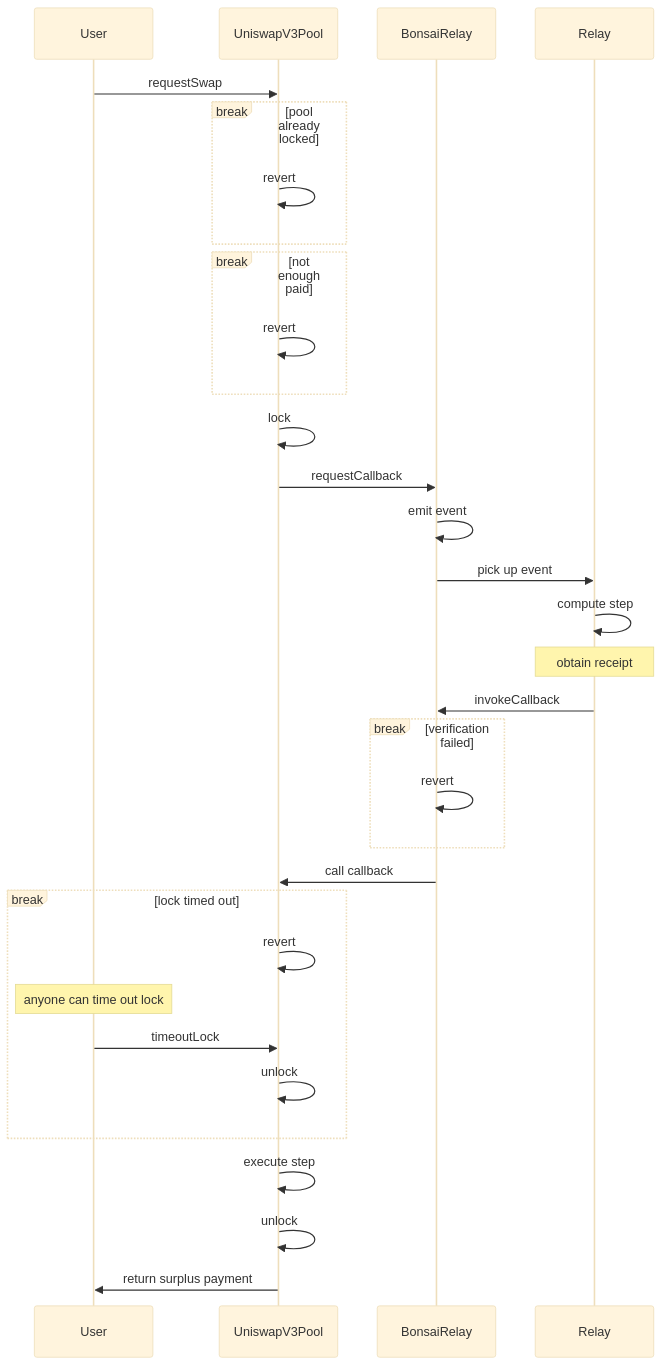
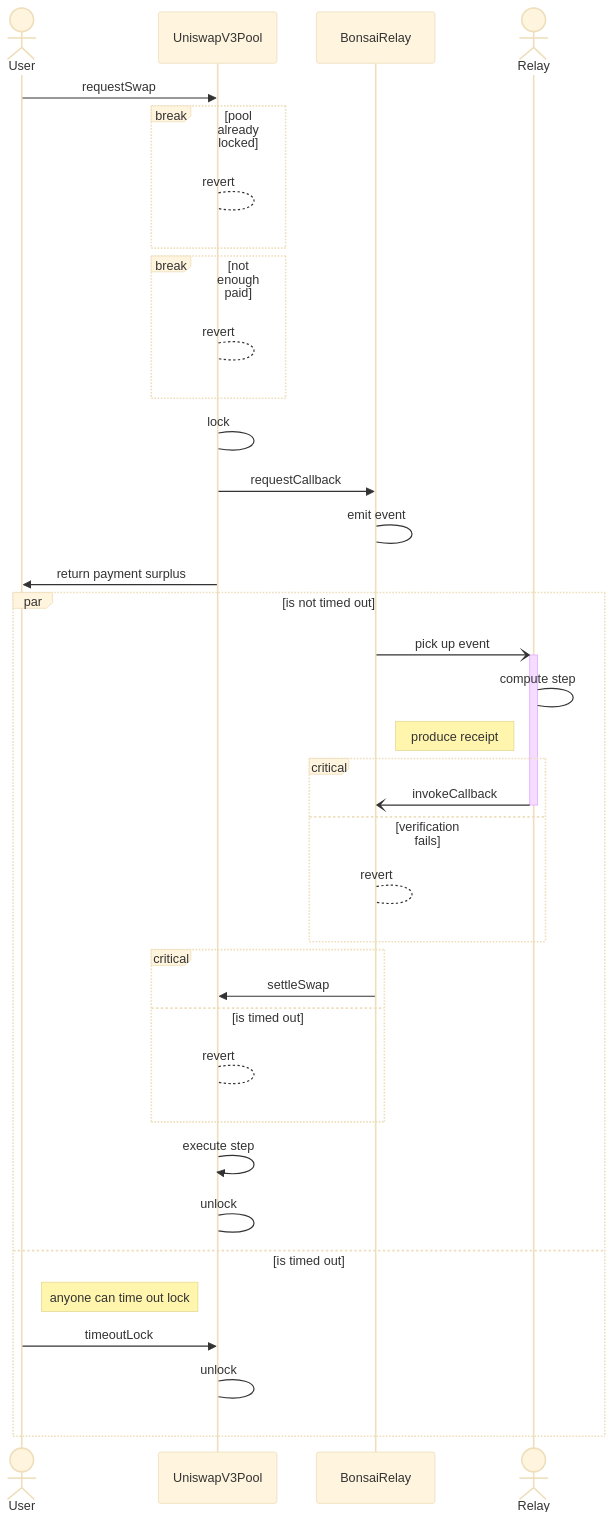
One commit to 0xfuturistic/zkUniswap changed the diagram in README.md. Above: the diagram before and after it, drawn with Mermaid (base theme).

Commit message:
update diagram

````diff
--- a/README.md
+++ b/README.md
@@ -94,36 +94,40 @@
 ```mermaid
 sequenceDiagram
-		participant User
+		actor User
 		participant UniswapV3Pool
 		participant BonsaiRelay
-		participant Relay
+		actor Relay
 
 		User->>UniswapV3Pool: requestSwap
 		break pool already locked
-			UniswapV3Pool->>UniswapV3Pool: revert
+			UniswapV3Pool-->UniswapV3Pool: revert
 		end
 		break not enough paid
-			UniswapV3Pool->>UniswapV3Pool: revert
+			UniswapV3Pool-->UniswapV3Pool: revert
 		end
-		UniswapV3Pool->>UniswapV3Pool: lock
+		UniswapV3Pool->UniswapV3Pool: lock
 		UniswapV3Pool->>BonsaiRelay: requestCallback
-		BonsaiRelay->>BonsaiRelay: emit event
-		BonsaiRelay->>Relay: pick up event
-		Relay->>Relay: compute step
-		note over Relay: obtain receipt
-		Relay->>BonsaiRelay: invokeCallback
-		break verification failed
-			BonsaiRelay->>BonsaiRelay: revert
+		BonsaiRelay->BonsaiRelay: emit event
+		UniswapV3Pool->>User: return payment surplus
+		par is not timed out
+		BonsaiRelay-)+Relay: pick up event
+		Relay->Relay: compute step
+		note left of Relay: produce receipt
+		critical
+		Relay-)-BonsaiRelay: invokeCallback
+		option verification fails
+			BonsaiRelay-->BonsaiRelay: revert
 		end
-		BonsaiRelay->>UniswapV3Pool: call callback
-		break lock timed out
-			UniswapV3Pool->>UniswapV3Pool: revert
-			note over User: anyone can time out lock
-			User->>UniswapV3Pool: timeoutLock
-			UniswapV3Pool->>UniswapV3Pool: unlock
+		critical
+		BonsaiRelay->>UniswapV3Pool: settleSwap
+		option is timed out
+				UniswapV3Pool-->UniswapV3Pool: revert
 		end
 		UniswapV3Pool->>UniswapV3Pool: execute step
-		UniswapV3Pool->>UniswapV3Pool: unlock
-		UniswapV3Pool->>User: return surplus payment
-		
+		UniswapV3Pool->UniswapV3Pool: unlock
+		and is timed out
+			note right of User: anyone can time out lock
+			User->>UniswapV3Pool: timeoutLock
+			UniswapV3Pool->UniswapV3Pool: unlock
+		end
 ```
````
